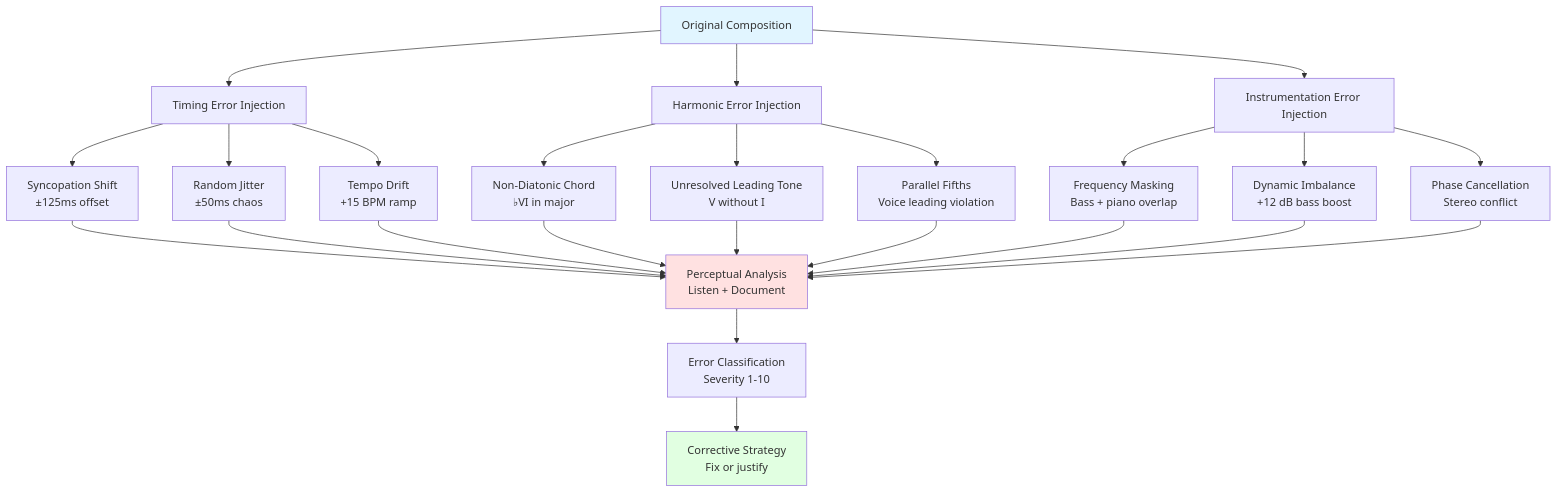
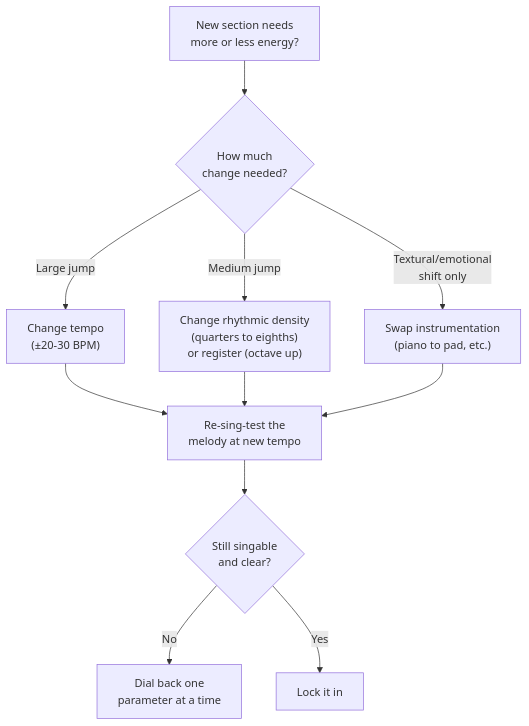
The third of 4 diagrams in topics/arts/composition/songwriting/labs.md (blebleblee/synapse), drawn with Mermaid before and after one commit. The commit also changed other lines of this file and 4 other files, not shown here.

````diff
--- a/topics/arts/composition/songwriting/labs.md
+++ b/topics/arts/composition/songwriting/labs.md
@@ -620,26 +250,13 @@
 ```mermaid
 graph TD
-    A["Original Composition"] --> B["Timing Error Injection"]
-    A --> C["Harmonic Error Injection"]
-    A --> D["Instrumentation Error Injection"]
-    
-    B --> E["Syncopation Shift<br/>±125ms offset"]
-    B --> F["Random Jitter<br/>±50ms chaos"]
-    B --> G["Tempo Drift<br/>+15 BPM ramp"]
-    
-    C --> H["Non-Diatonic Chord<br/>♭VI in major"]
-    C --> I["Unresolved Leading Tone<br/>V without I"]
-    C --> J["Parallel Fifths<br/>Voice leading violation"]
-    
-    D --> K["Frequency Masking<br/>Bass + piano overlap"]
-    D --> L["Dynamic Imbalance<br/>+12 dB bass boost"]
-    D --> M["Phase Cancellation<br/>Stereo conflict"]
-    
-    E & F & G & H & I & J & K & L & M --> N["Perceptual Analysis<br/>Listen + Document"]
-    N --> O["Error Classification<br/>Severity 1-10"]
-    O --> P["Corrective Strategy<br/>Fix or justify"]
-    
-    style A fill:#e1f5ff
-    style N fill:#ffe1e1
-    style P fill:#e1ffe1
+    A["New section needs<br/>more or less energy?"] --> B{"How much<br/>change needed?"}
+    B -->|"Large jump"| C["Change tempo<br/>(±20-30 BPM)"]
+    B -->|"Medium jump"| D["Change rhythmic density<br/>(quarters to eighths)<br/>or register (octave up)"]
+    B -->|"Textural/emotional<br/>shift only"| E["Swap instrumentation<br/>(piano to pad, etc.)"]
+    C --> F["Re-sing-test the<br/>melody at new tempo"]
+    D --> F
+    E --> F
+    F --> G{"Still singable<br/>and clear?"}
+    G -->|No| H["Dial back one<br/>parameter at a time"]
+    G -->|Yes| I["Lock it in"]
 ```
````
